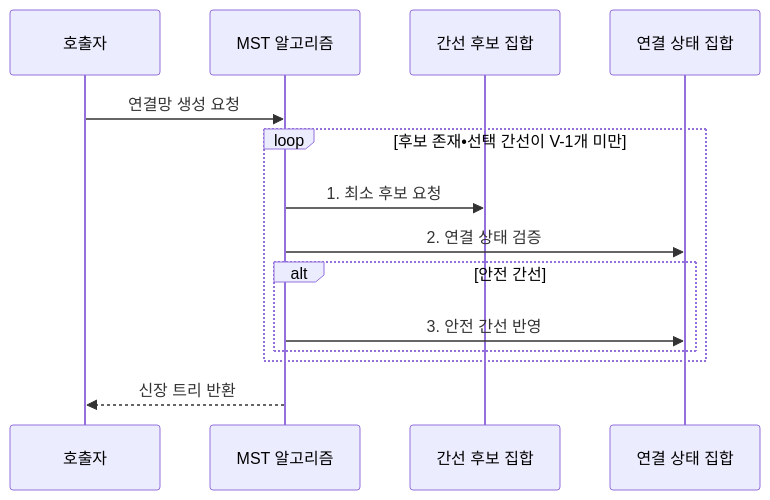
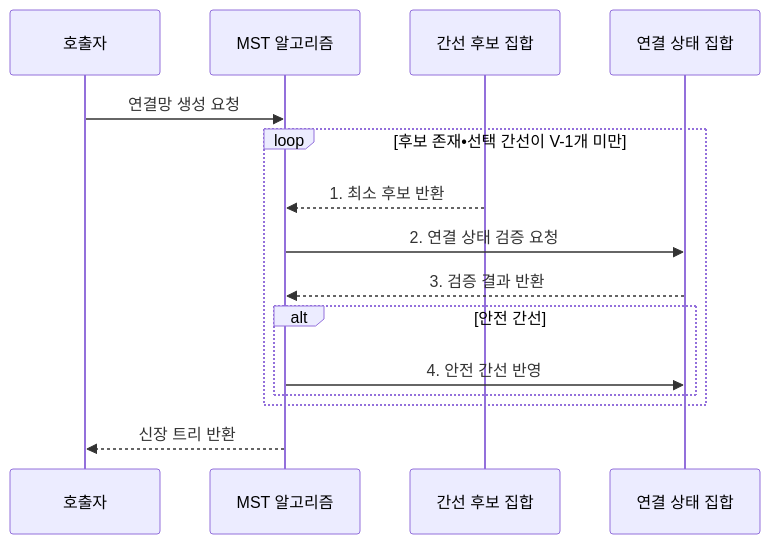
One commit to agnusdei1207/knowledge-base changed the second of 2 diagrams in src/content/docs/notes/01-basic-theory/012_minimum_spanning_tree.md. Above: the diagram before and after it, drawn with Mermaid. The commit also changed other lines of this file and 19 other files, not shown here.

````diff
--- a/src/content/docs/notes/01-basic-theory/012_minimum_spanning_tree.md
+++ b/src/content/docs/notes/01-basic-theory/012_minimum_spanning_tree.md
@@ -82,16 +81,17 @@
 ```mermaid
 sequenceDiagram
     participant Q as 호출자
     participant A as MST 알고리즘
     participant C as 간선 후보 집합
     participant S as 연결 상태 집합
     Q->>A: 연결망 생성 요청
     loop 후보 존재•선택 간선이 V-1개 미만
-        A->>C: 1. 최소 후보 요청
-        A->>S: 2. 연결 상태 검증
+        C-->>A: 1. 최소 후보 반환
+        A->>S: 2. 연결 상태 검증 요청
+        S-->>A: 3. 검증 결과 반환
         alt 안전 간선
-            A->>S: 3. 안전 간선 반영
+            A->>S: 4. 안전 간선 반영
         end
     end
     A-->>Q: 신장 트리 반환
 ```
````
